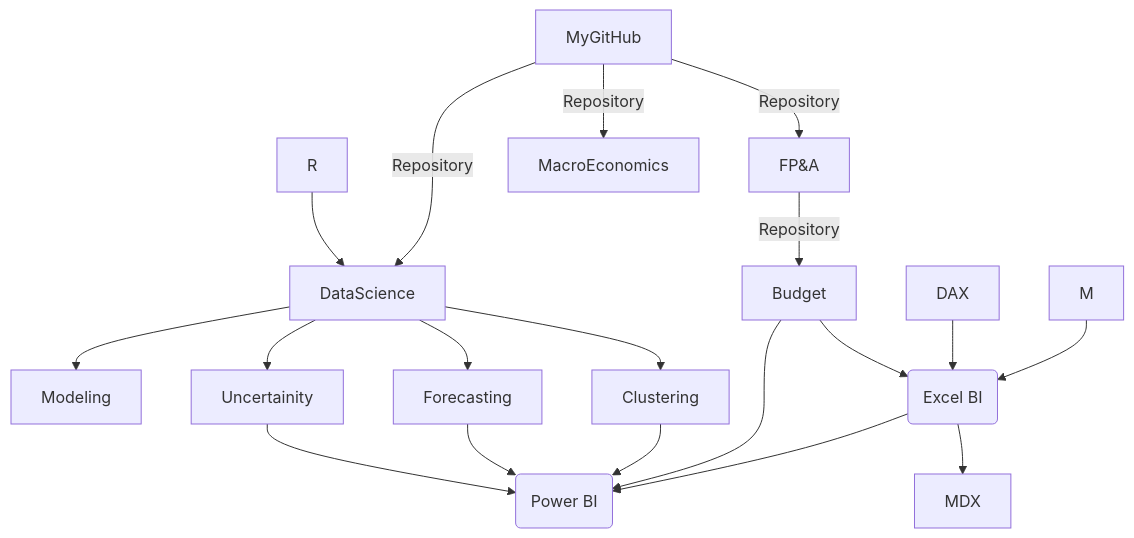
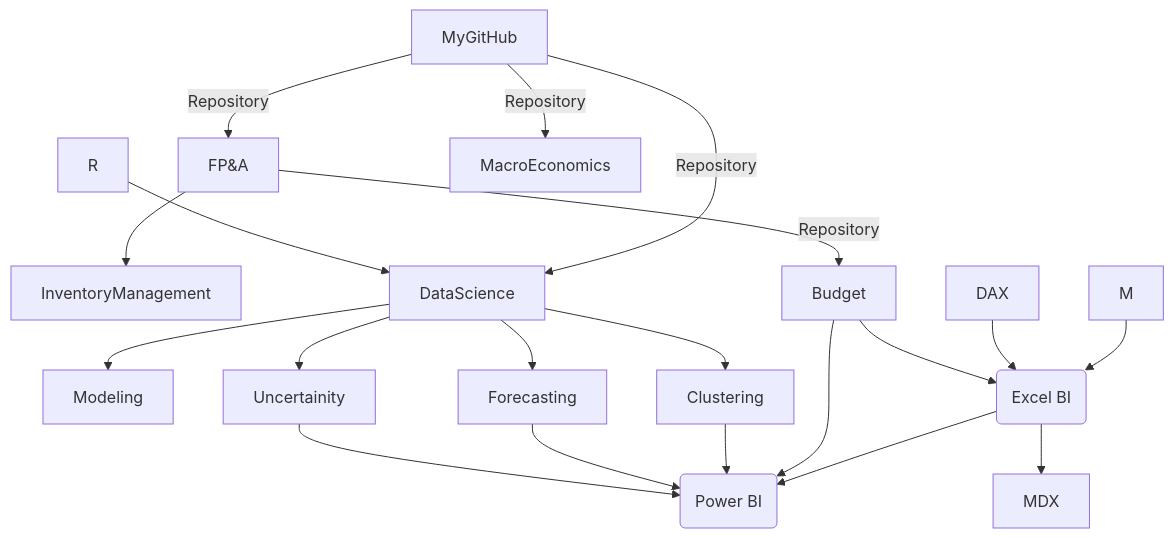
Before and after one commit to md3629/md3629: the diagram in README.md, drawn with Mermaid.

````diff
--- a/README.md
+++ b/README.md
@@ -9,21 +9,22 @@
 ```mermaid
 graph TD;
     MyGitHub-->|Repository|FP&A;
+    FP&A-->InventoryManagement;
     FP&A-->|Repository|Budget;
     R-->DataScience;
     MyGitHub-->|Repository|DataScience;
     MyGitHub-->|Repository|MacroEconomics;
     DataScience-->Modeling;
     DataScience-->Forecasting;
     DataScience-->Clustering;
     DataScience-->Uncertainity;
     Uncertainity-->P(Power BI);
     Forecasting-->P(Power BI);
     Clustering-->P(Power BI);
     Budget-->P(Power BI);
     Budget-->E(Excel BI);
     DAX-->E(Excel BI);
     M-->E(Excel BI);
     E(Excel BI)-->P(Power BI);
     E(Excel BI)-->MDX;
 ```
````
